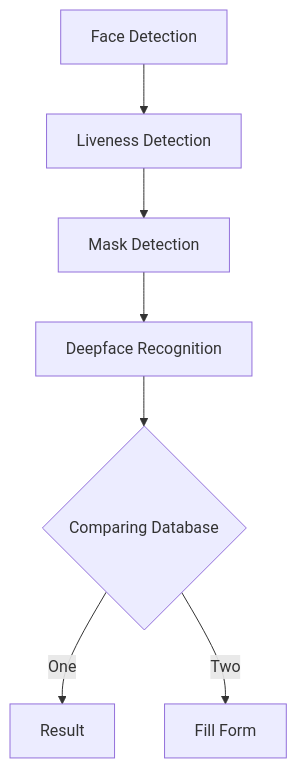
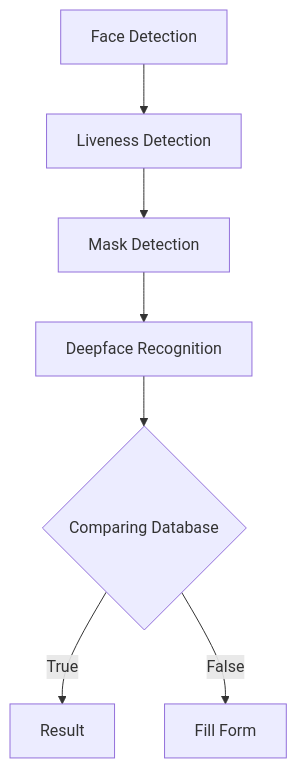
One commit to AJustiago/Face-Recognition changed the diagram in README.md. Above: the diagram before and after it, drawn with Mermaid.

Commit message:
update-readme

````diff
--- a/README.md
+++ b/README.md
@@ -38,9 +38,9 @@
 ```mermaid
 flowchart TD;
     A[Face Detection]-->B[Liveness Detection];
     B-->C[Mask Detection];
     C-->D[Deepface Recognition];
     D-->E{Comparing Database};
-    E-->|One| F[Result];
-    E-->|Two| G[Fill Form];
+    E-->|True| F[Result];
+    E-->|False| G[Fill Form];
 ```
````
